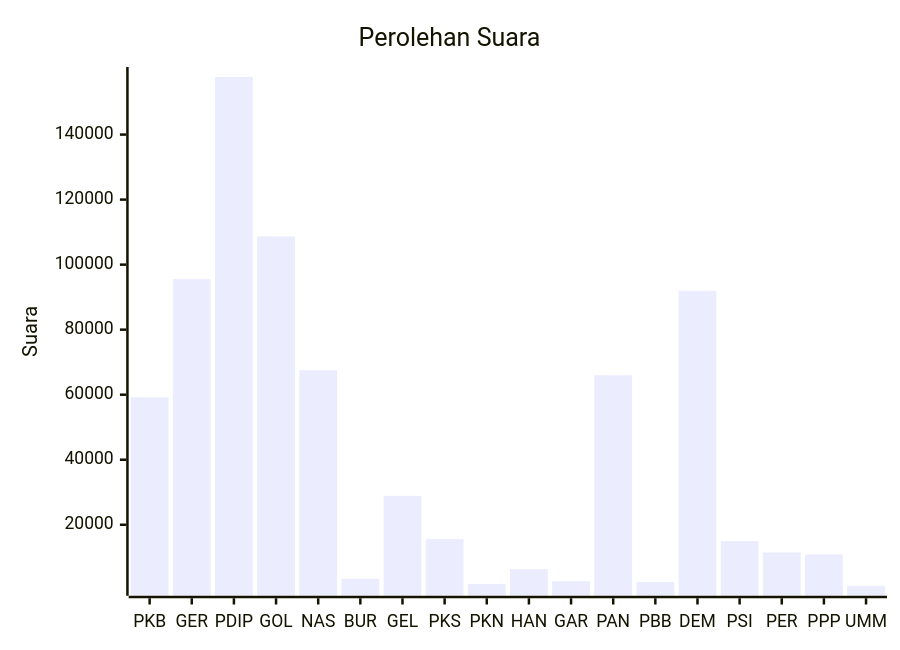
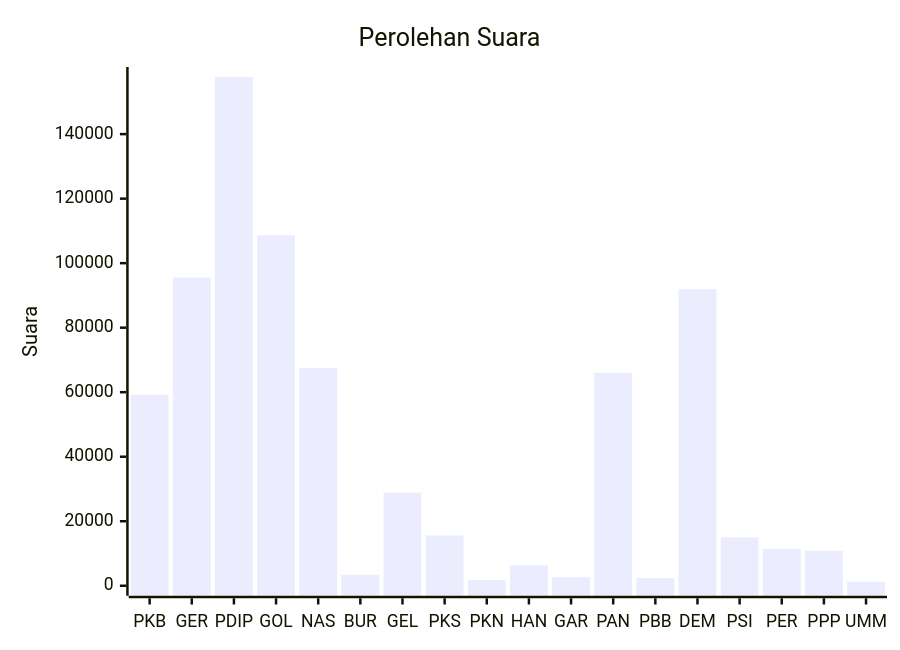
The diagram in pileg-dpr/hitung-suara/sub/table-wilayah-62.md (gigit-pemilu/pemilu-2024), drawn with Mermaid before and after one commit. The commit also changed 57 other files, not shown here.

````diff
--- a/pileg-dpr/hitung-suara/sub/table-wilayah-62.md
+++ b/pileg-dpr/hitung-suara/sub/table-wilayah-62.md
@@ -7,7 +7,7 @@
 ```mermaid
 xychart-beta
     title "Perolehan Suara"
     x-axis [PKB, GER, PDIP, GOL, NAS, BUR, GEL, PKS, PKN, HAN, GAR, PAN, PBB, DEM, PSI, PER, PPP, UMM]
-    y-axis "Suara"
+    y-axis "Suara" 0 --> 157708
     bar [59194, 95523, 157708, 108675, 67520, 3388, 28880, 15589, 1797, 6337, 2660, 65989, 2406, 91938, 14985, 11464, 10879, 1242]
 ```
````
